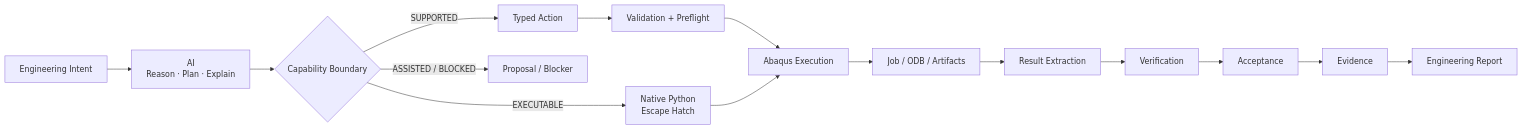
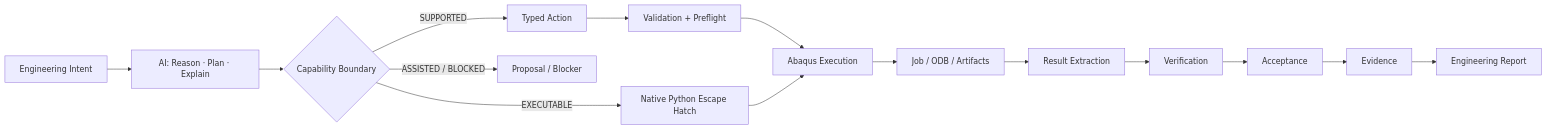
The first of 3 diagrams in README.md (chenlei-gh/Abaqus-AI-Agent), drawn with Mermaid before and after one commit. The commit also changed other lines of this file and 1 other file, not shown here.

````diff
--- a/README.md
+++ b/README.md
@@ -33,17 +38,17 @@
 ```mermaid
 flowchart LR
-    U["Engineering Intent"] --> AI["AI<br/>Reason · Plan · Explain"]
+    U["Engineering Intent"] --> AI["AI: Reason · Plan · Explain"]
     AI --> B{"Capability Boundary"}
     B -->|SUPPORTED| A["Typed Action"]
-    B -->|EXECUTABLE| X["Native Python<br/>Escape Hatch"]
+    B -->|EXECUTABLE| X["Native Python Escape Hatch"]
     B -->|ASSISTED / BLOCKED| P["Proposal / Blocker"]
     A --> V["Validation + Preflight"]
     V --> E["Abaqus Execution"]
     X --> E
     E --> O["Job / ODB / Artifacts"]
     O --> R["Result Extraction"]
     R --> Q["Verification"]
     Q --> C["Acceptance"]
     C --> EV["Evidence"]
     EV --> REP["Engineering Report"]
 ```
````
